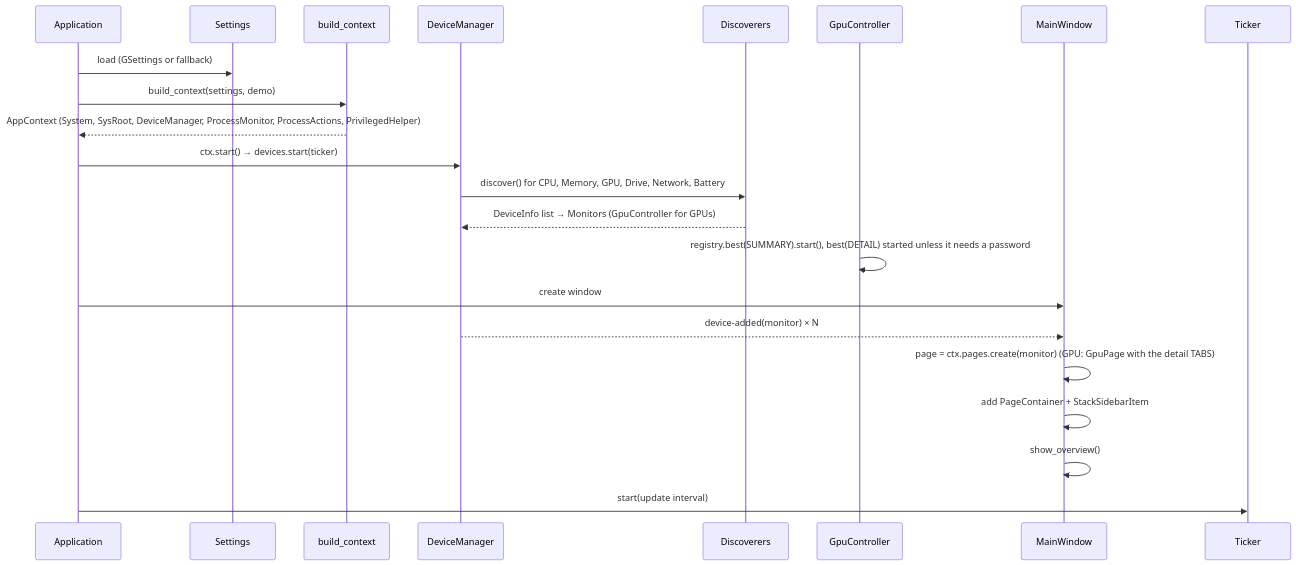
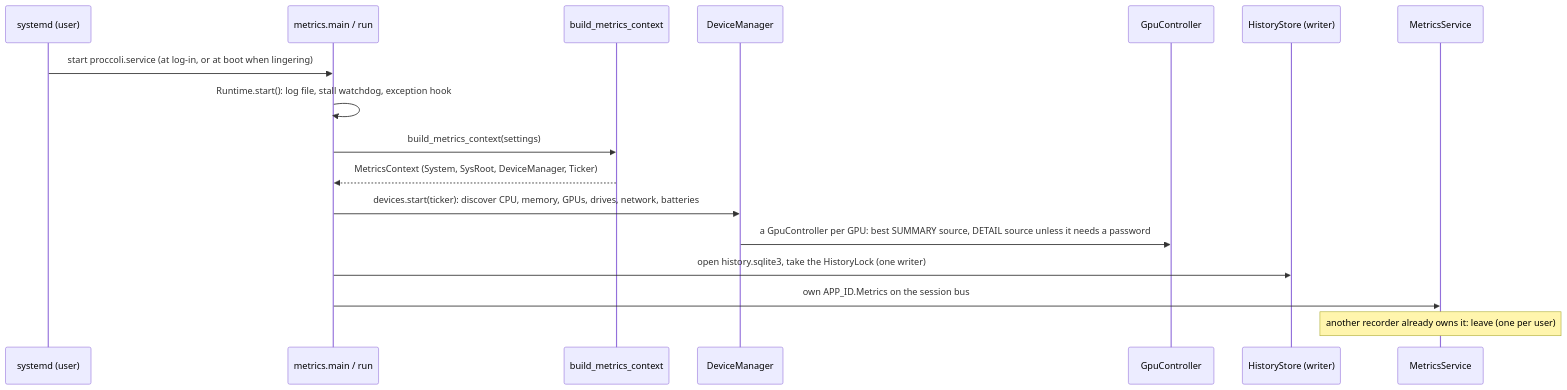
The first of 3 diagrams in docs/design/10-runtime-flow.md (mamadingleberry/proccoli), drawn with Mermaid before and after one commit. The commit also changed other lines of this file and 417 other files, not shown here.

````diff
--- a/docs/design/10-runtime-flow.md
+++ b/docs/design/10-runtime-flow.md
@@ -5,24 +9,19 @@
 ```mermaid
 sequenceDiagram
-    participant A as Application
-    participant S as Settings
-    participant C as build_context
+    participant SD as systemd (user)
+    participant R as metrics.main / run
+    participant C as build_metrics_context
     participant DM as DeviceManager
-    participant D as Discoverers
     participant GC as GpuController
-    participant W as MainWindow
-    participant T as Ticker
-    A->>S: load (GSettings or fallback)
-    A->>C: build_context(settings, demo)
-    C-->>A: AppContext (System, SysRoot, DeviceManager, ProcessMonitor, ProcessActions, PrivilegedHelper)
-    A->>DM: ctx.start() → devices.start(ticker)
-    DM->>D: discover() for CPU, Memory, GPU, Drive, Network, Battery
-    D-->>DM: DeviceInfo list → Monitors (GpuController for GPUs)
-    GC->>GC: registry.best(SUMMARY).start(), best(DETAIL) started unless it needs a password
-    A->>W: create window
-    DM-->>W: device-added(monitor) × N
-    W->>W: page = ctx.pages.create(monitor) (GPU: GpuPage with the detail TABS)
-    W->>W: add PageContainer + StackSidebarItem
-    W->>W: show_overview()
-    A->>T: start(update interval)
+    participant HS as HistoryStore (writer)
+    participant MS as MetricsService
+    SD->>R: start proccoli.service (at log-in, or at boot when lingering)
+    R->>R: Runtime.start(): log file, stall watchdog, exception hook
+    R->>C: build_metrics_context(settings)
+    C-->>R: MetricsContext (System, SysRoot, DeviceManager, Ticker)
+    R->>DM: devices.start(ticker): discover CPU, memory, GPUs, drives, network, batteries
+    DM->>GC: a GpuController per GPU: best SUMMARY source, DETAIL source unless it needs a password
+    R->>HS: open history.sqlite3, take the HistoryLock (one writer)
+    R->>MS: own APP_ID.Metrics on the session bus
+    Note over MS: another recorder already owns it: leave (one per user)
 ```
````
